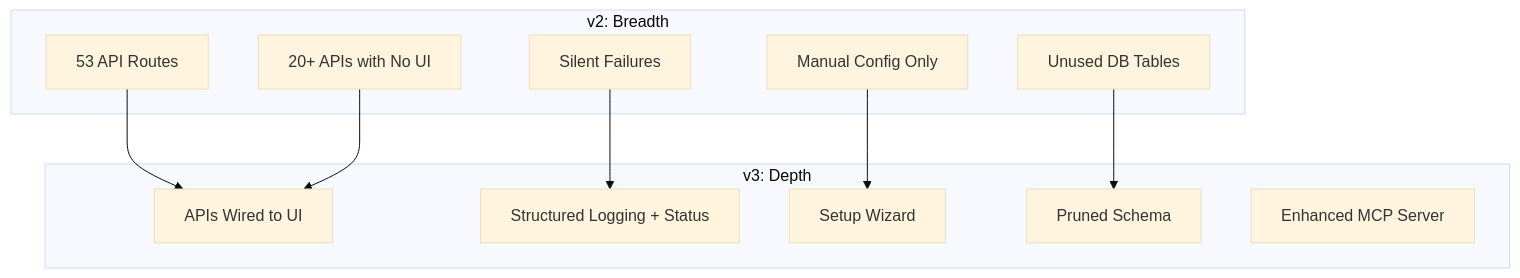
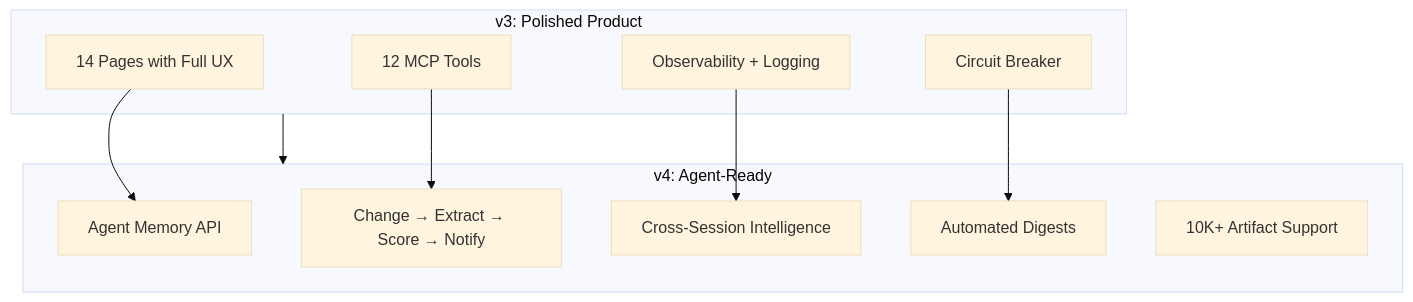
Before and after one commit to ahmedkhaledmohamed/the-hub: the third of 3 diagrams in docs/future-developments.md, drawn with Mermaid (base theme). The commit also changed other lines of this file, not shown here.

First line of the commit message:
Rewrite future-developments.md — v4 agent-ready knowledge infrastructure

````diff
--- a/docs/future-developments.md
+++ b/docs/future-developments.md
@@ -291,24 +226,23 @@
 ```mermaid
 flowchart TD
-    subgraph v2["v2: Breadth"]
-        APIs[53 API Routes]
-        NoUI[20+ APIs with No UI]
-        Silent[Silent Failures]
-        NoSetup[Manual Config Only]
-        Unused[Unused DB Tables]
+    subgraph v3["v3: Polished Product"]
+        UI[14 Pages with Full UX]
+        MCP12[12 MCP Tools]
+        Obs[Observability + Logging]
+        CB[Circuit Breaker]
     end
 
-    subgraph v3["v3: Depth"]
-        Wired[APIs Wired to UI]
-        Observable[Structured Logging + Status]
-        Wizard[Setup Wizard]
-        Clean[Pruned Schema]
-        MCPPlus[Enhanced MCP Server]
+    subgraph v4["v4: Agent-Ready"]
+        Memory[Agent Memory API]
+        Pipeline[Change → Extract → Score → Notify]
+        Sessions[Cross-Session Intelligence]
+        Digest[Automated Digests]
+        Scale[10K+ Artifact Support]
     end
 
-    APIs --> Wired
-    NoUI --> Wired
-    Silent --> Observable
-    NoSetup --> Wizard
-    Unused --> Clean
+    v3 --> v4
+    UI --> Memory
+    MCP12 --> Pipeline
+    Obs --> Sessions
+    CB --> Digest
 ```
````
